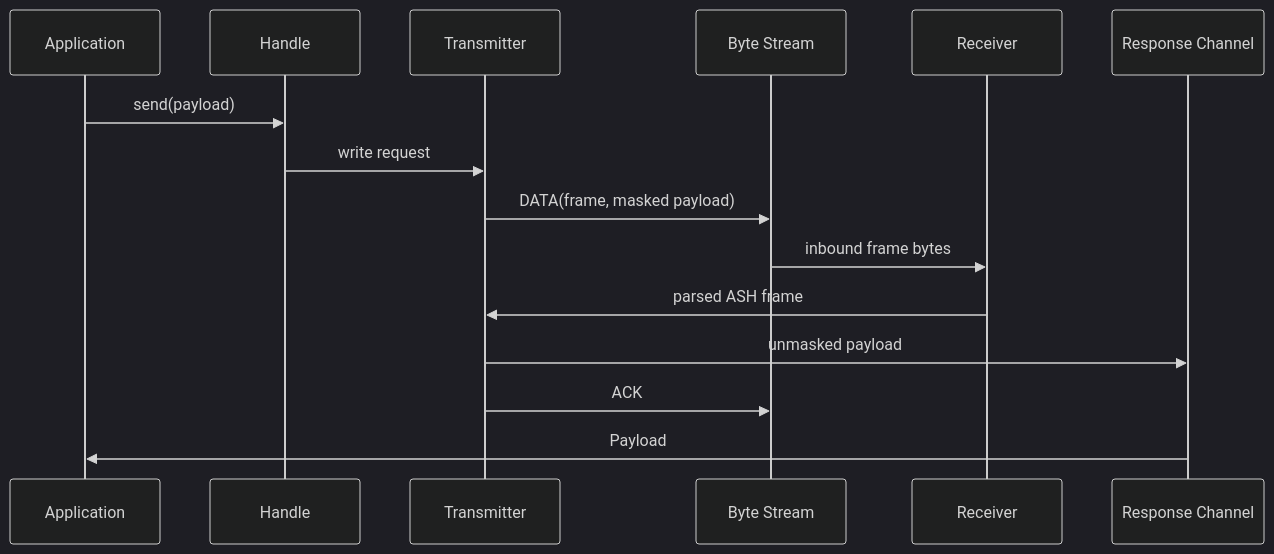
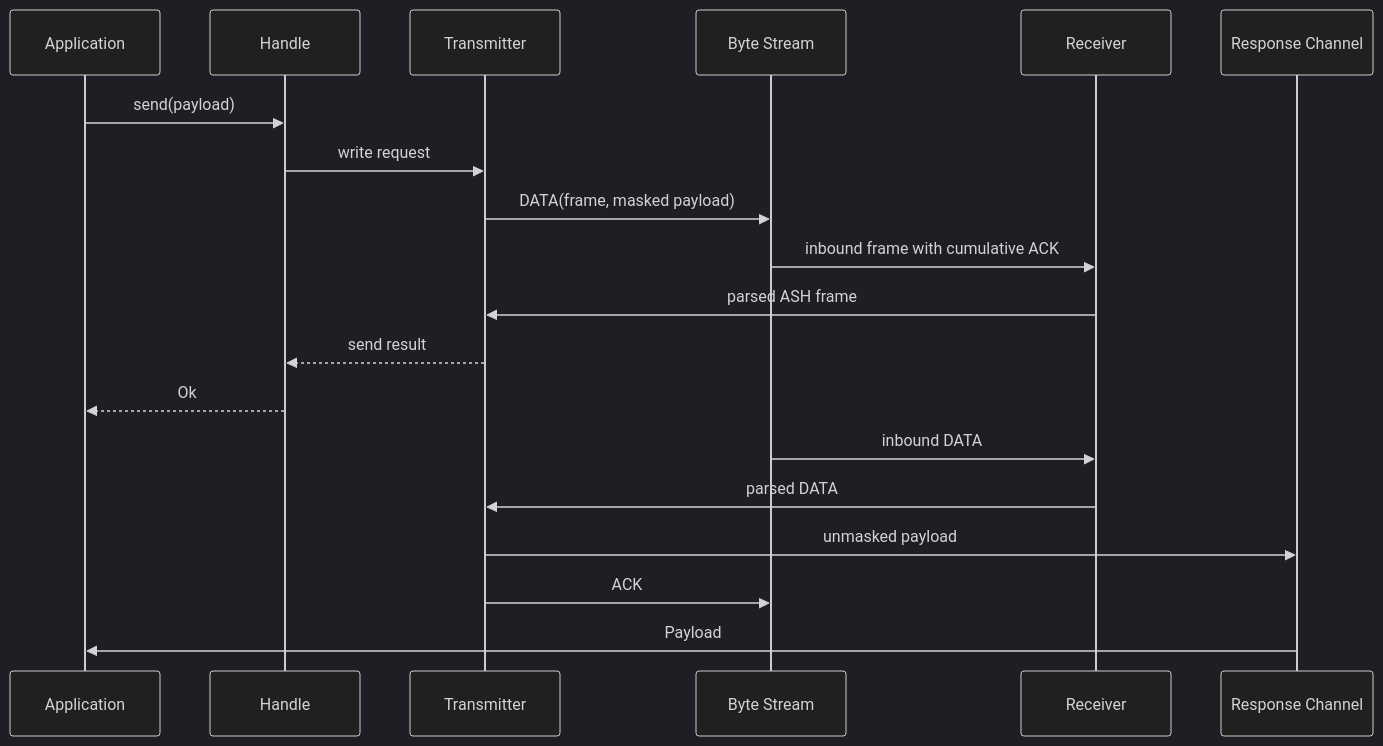
One commit to PaulmannLighting/ashv2 changed the third of 6 diagrams in ARCHITECTURE.md. Above: the diagram before and after it, drawn with Mermaid (dark theme). The commit also changed other lines of this file and 8 other files, not shown here.

````diff
--- a/ARCHITECTURE.md
+++ b/ARCHITECTURE.md
@@ -127,18 +129,22 @@
 ```mermaid
 sequenceDiagram
     participant A as Application
     participant H as Handle
     participant T as Transmitter
     participant S as Byte Stream
     participant R as Receiver
     participant Q as Response Channel
 
     A->>H: send(payload)
     H->>T: write request
     T->>S: DATA(frame, masked payload)
-    S->>R: inbound frame bytes
+    S->>R: inbound frame with cumulative ACK
     R->>T: parsed ASH frame
+    T-->>H: send result
+    H-->>A: Ok
+    S->>R: inbound DATA
+    R->>T: parsed DATA
     T->>Q: unmasked payload
     T->>S: ACK
     Q->>A: Payload
 ```
````
